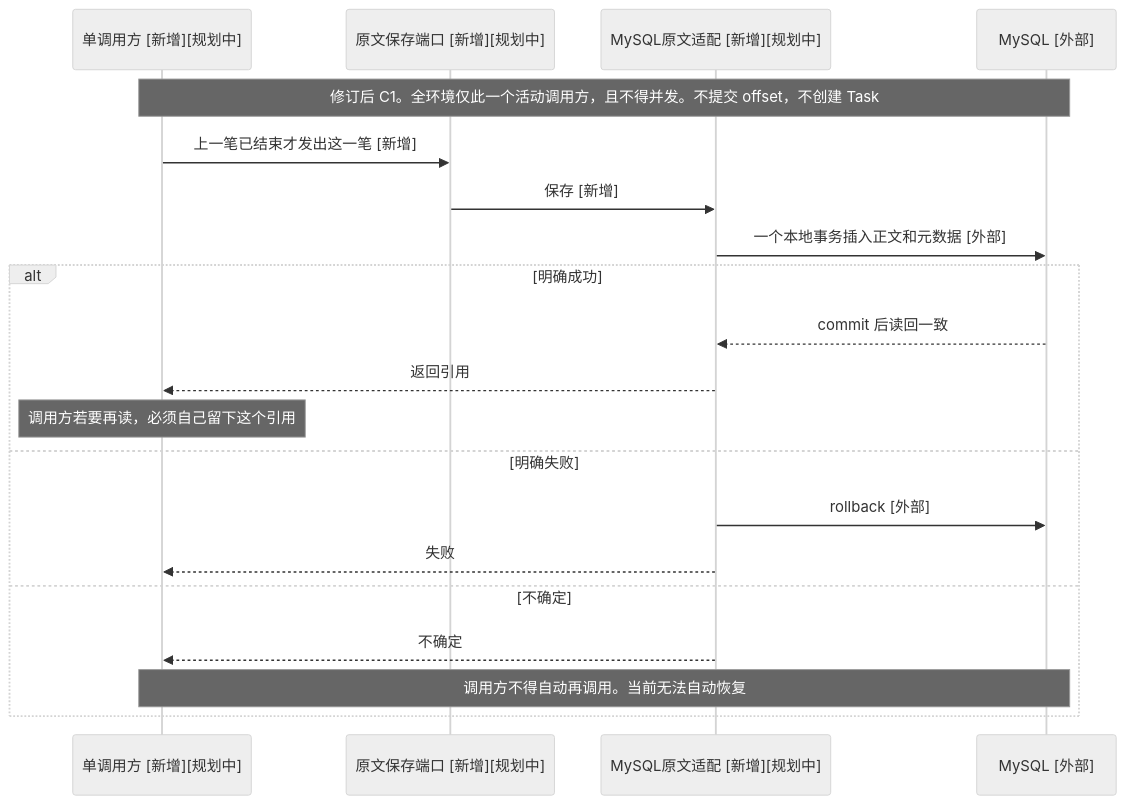
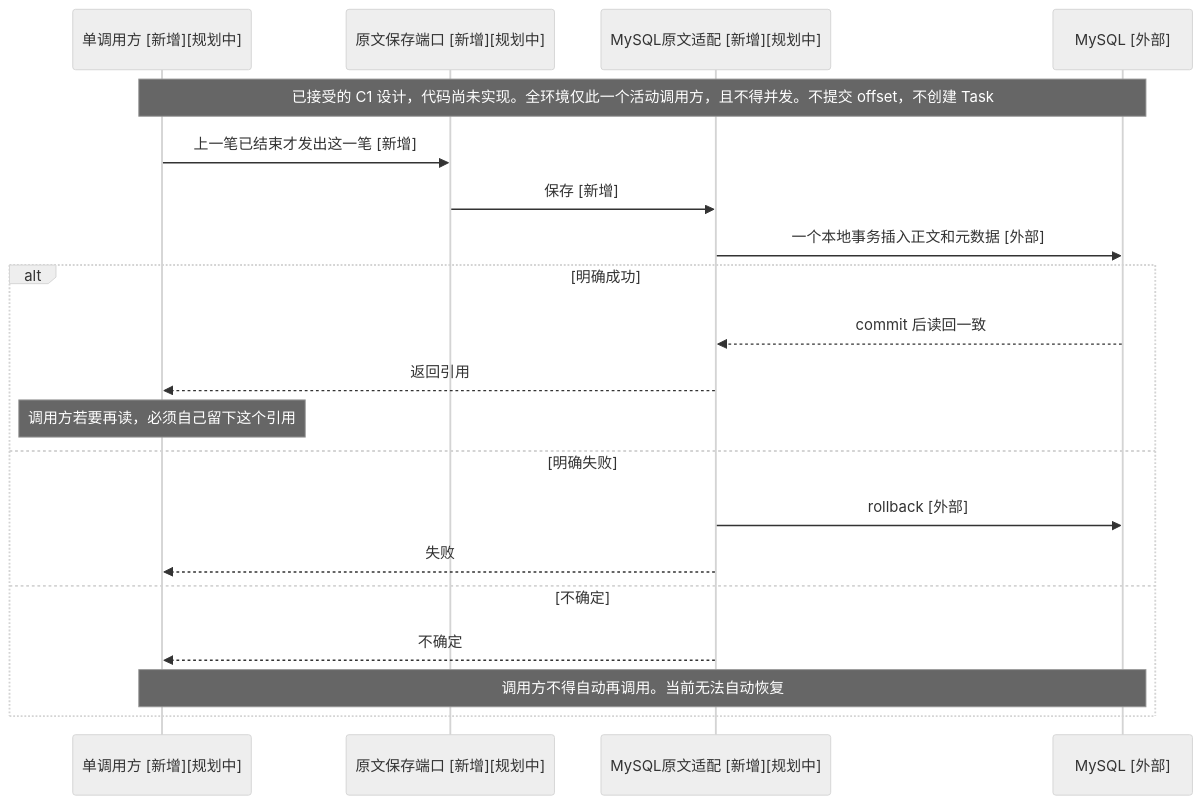
The tenth of 14 diagrams in docs/development/IR-15-正式原文保存介质与保留策略专项决策准备.md (david606/mtx-data-platform), drawn with Mermaid (neutral theme) before and after one commit. The commit also changed other lines of this file, not shown here.

````diff
--- a/docs/development/IR-15-正式原文保存介质与保留策略专项决策准备.md
+++ b/docs/development/IR-15-正式原文保存介质与保留策略专项决策准备.md
@@ -880,24 +918,24 @@
 ```mermaid
 sequenceDiagram
     participant Caller as 单调用方 [新增][规划中]
     participant Port as 原文保存端口 [新增][规划中]
     participant Adapt as MySQL原文适配 [新增][规划中]
     participant DB as MySQL [外部]
 
-    Note over Caller,DB: 修订后 C1。全环境仅此一个活动调用方，且不得并发。不提交 offset，不创建 Task
+    Note over Caller,DB: 已接受的 C1 设计，代码尚未实现。全环境仅此一个活动调用方，且不得并发。不提交 offset，不创建 Task
 
     Caller->>Port: 上一笔已结束才发出这一笔 [新增]
     Port->>Adapt: 保存 [新增]
     Adapt->>DB: 一个本地事务插入正文和元数据 [外部]
     alt 明确成功
         DB-->>Adapt: commit 后读回一致
         Adapt-->>Caller: 返回引用
         Note over Caller: 调用方若要再读，必须自己留下这个引用
     else 明确失败
         Adapt->>DB: rollback [外部]
         Adapt-->>Caller: 失败
     else 不确定
         Adapt-->>Caller: 不确定
         Note over Caller,DB: 调用方不得自动再调用。当前无法自动恢复
     end
 ```
````
